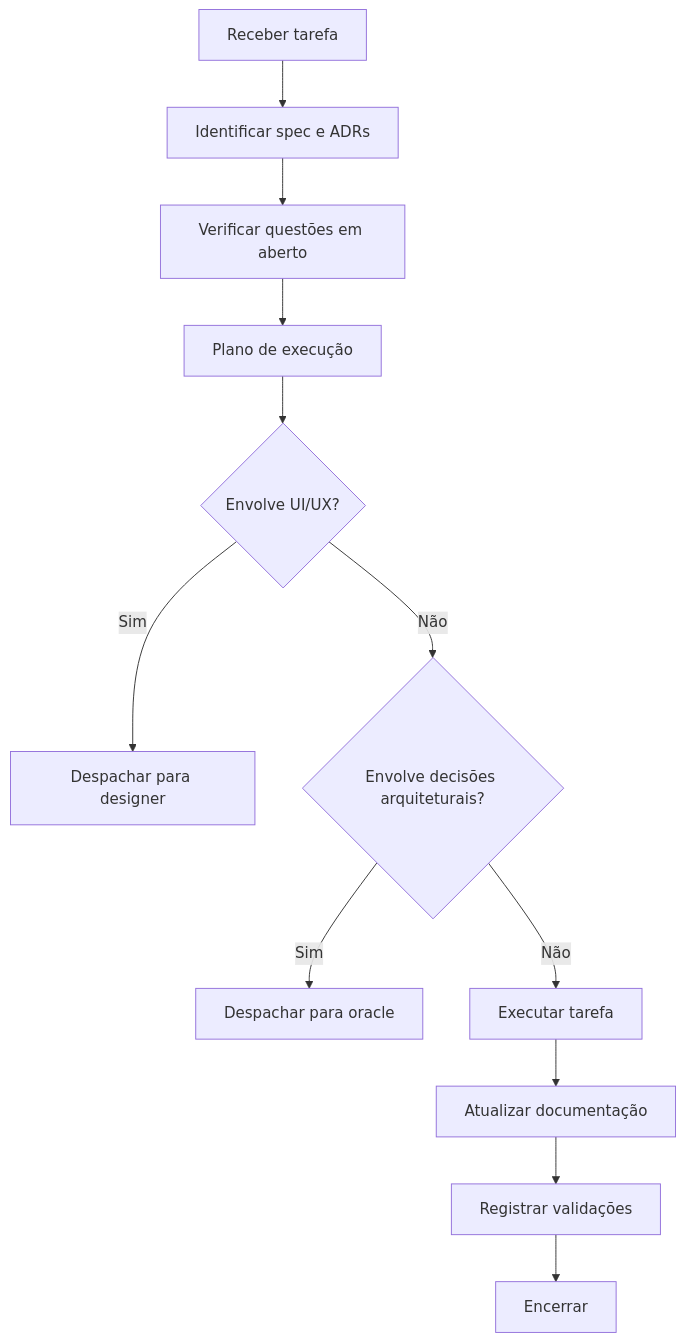
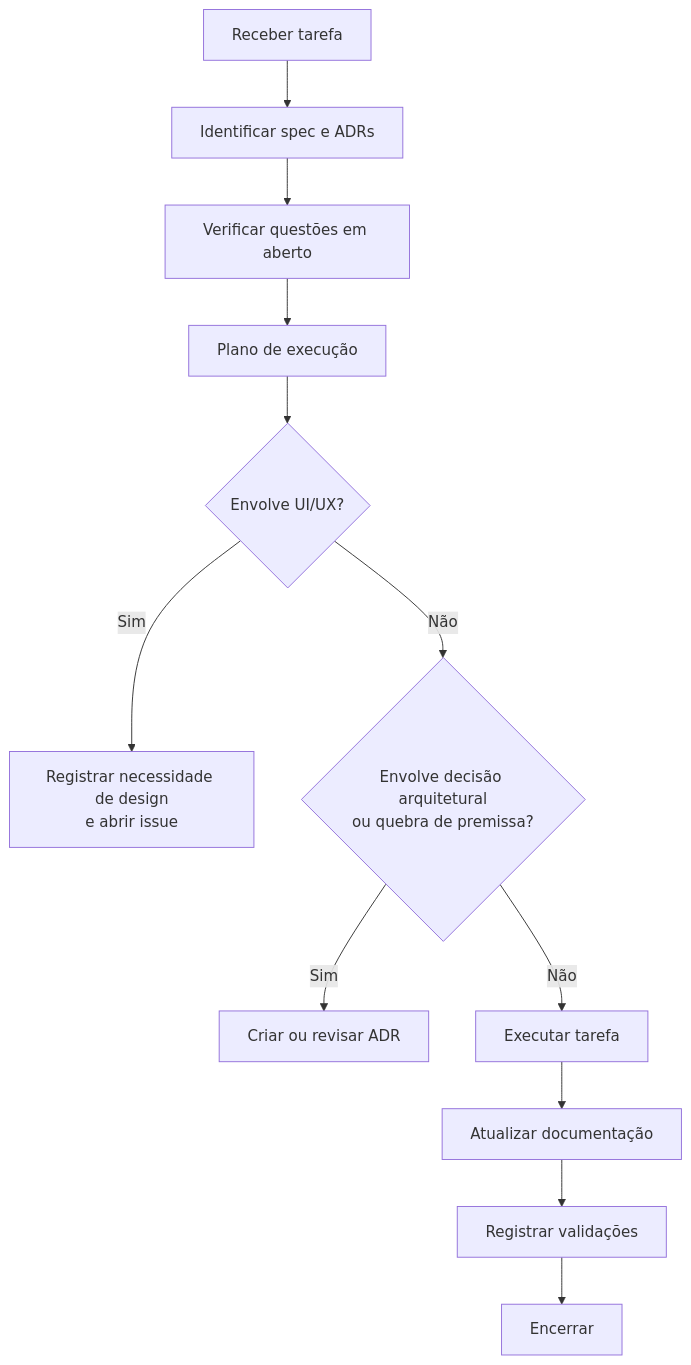
Before and after one commit to vitorvaf/odysseus-coding-agent-bridge: the diagram in AGENTS.md, drawn with Mermaid. The commit also changed other lines of this file and 26 other files, not shown here.

````diff
--- a/AGENTS.md
+++ b/AGENTS.md
@@ -79,14 +81,14 @@
 ```mermaid
 flowchart TD
     A[Receber tarefa] --> B[Identificar spec e ADRs]
     B --> C[Verificar questões em aberto]
     C --> D[Plano de execução]
     D --> E{Envolve UI/UX?}
-    E -- Sim --> F[Despachar para designer]
-    E -- Não --> G{Envolve decisões arquiteturais?}
-    G -- Sim --> H[Despachar para oracle]
+    E -- Sim --> F[Registrar necessidade de design<br/>e abrir issue]
+    E -- Não --> G{Envolve decisão arquitetural<br/>ou quebra de premissa?}
+    G -- Sim --> H[Criar ou revisar ADR]
     G -- Não --> I[Executar tarefa]
     I --> J[Atualizar documentação]
     J --> K[Registrar validações]
     K --> L[Encerrar]
 ```
````
